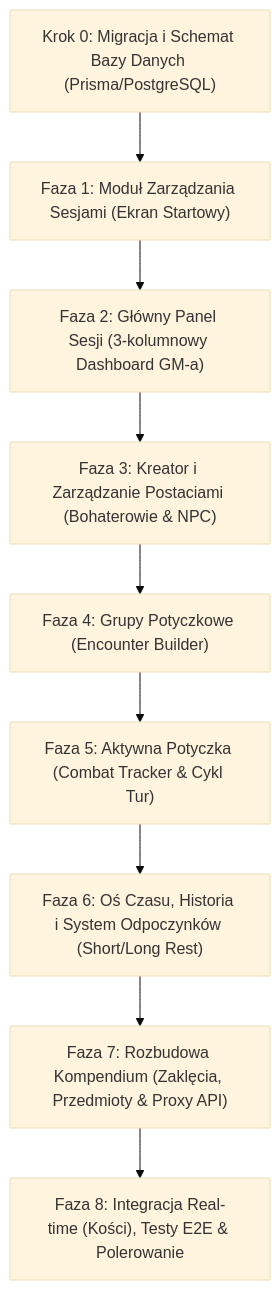
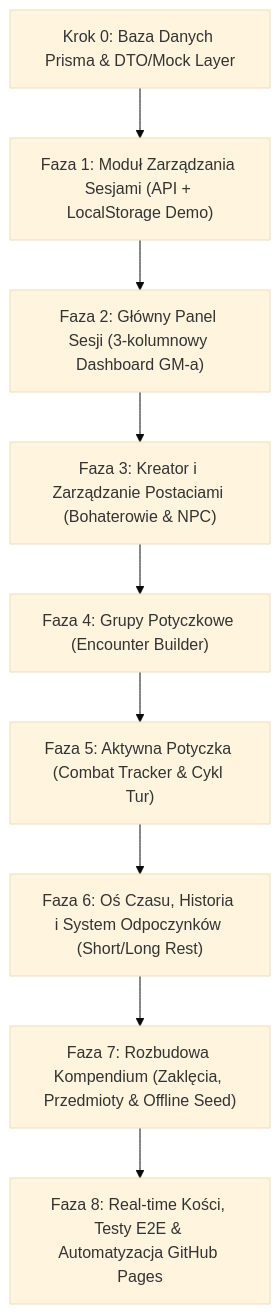
Before and after one commit to LukaszKosobucki/table-ops: the second of 2 diagrams in PLAN.md, drawn with Mermaid (base theme). The commit also changed other lines of this file and 59 other files, not shown here.

````diff
--- a/PLAN.md
+++ b/PLAN.md
@@ -30,21 +93,21 @@
 ```mermaid
 flowchart TD
-    K0["Krok 0: Migracja i Schemat Bazy Danych (Prisma/PostgreSQL)"]
-    F1["Faza 1: Moduł Zarządzania Sesjami (Ekran Startowy)"]
+    K0["Krok 0: Baza Danych Prisma & DTO/Mock Layer"]
+    F1["Faza 1: Moduł Zarządzania Sesjami (API + LocalStorage Demo)"]
     F2["Faza 2: Główny Panel Sesji (3-kolumnowy Dashboard GM-a)"]
     F3["Faza 3: Kreator i Zarządzanie Postaciami (Bohaterowie & NPC)"]
     F4["Faza 4: Grupy Potyczkowe (Encounter Builder)"]
     F5["Faza 5: Aktywna Potyczka (Combat Tracker & Cykl Tur)"]
     F6["Faza 6: Oś Czasu, Historia i System Odpoczynków (Short/Long Rest)"]
-    F7["Faza 7: Rozbudowa Kompendium (Zaklęcia, Przedmioty & Proxy API)"]
-    F8["Faza 8: Integracja Real-time (Kości), Testy E2E & Polerowanie"]
+    F7["Faza 7: Rozbudowa Kompendium (Zaklęcia, Przedmioty & Offline Seed)"]
+    F8["Faza 8: Real-time Kości, Testy E2E & Automatyzacja GitHub Pages"]
 
     K0 --> F1
     F1 --> F2
     F2 --> F3
     F3 --> F4
     F4 --> F5
     F5 --> F6
     F6 --> F7
     F7 --> F8
 ```
````
